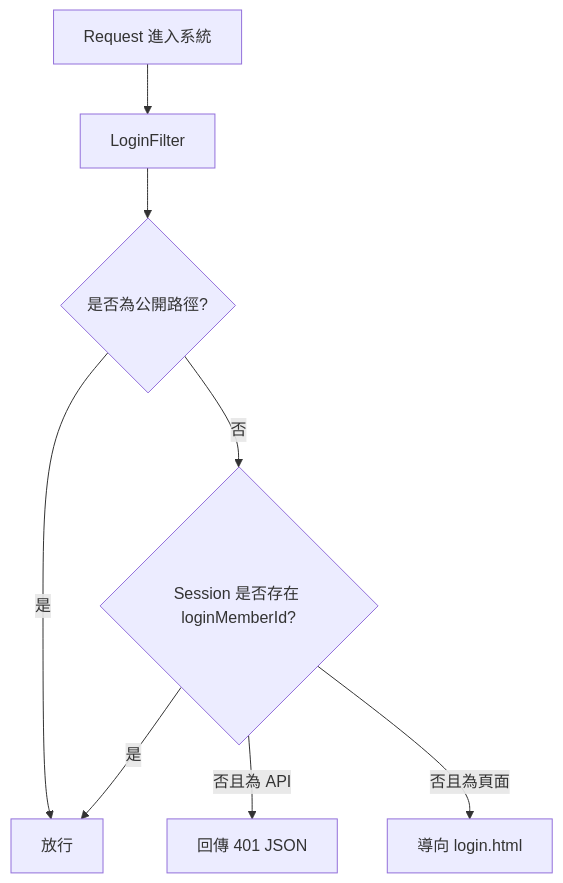
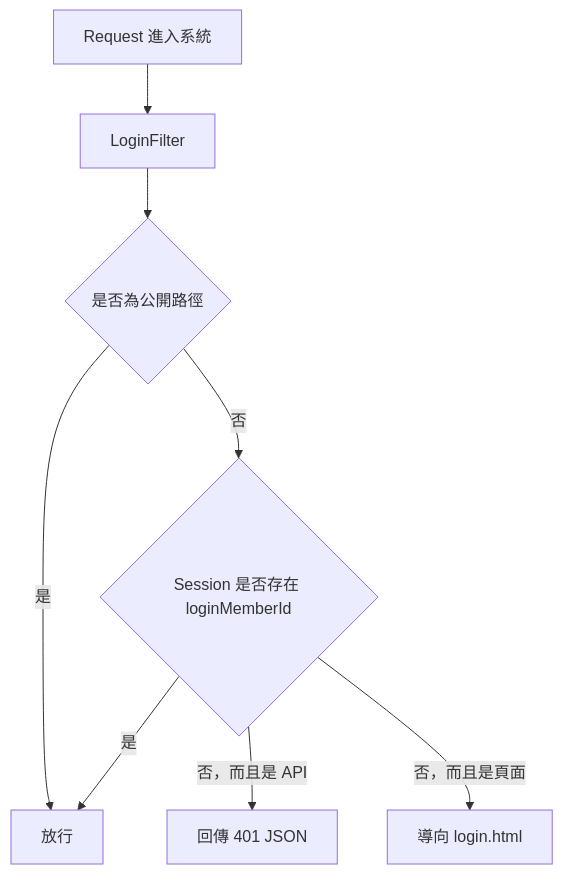
The fifth of 8 diagrams in README.md (s717456/SimpleShop_MavenWebProject), drawn with Mermaid before and after one commit. The commit also changed other lines of this file, not shown here.

````diff
--- a/README.md
+++ b/README.md
@@ -488,10 +495,10 @@
 ```mermaid
 flowchart TD
-    A[Request 進入系統] --> B[LoginFilter]
-    B --> C{是否為公開路徑?}
-    C -- 是 --> D[放行]
-    C -- 否 --> E{Session 是否存在 loginMemberId?}
-    E -- 是 --> D
-    E -- 否且為 API --> F[回傳 401 JSON]
-    E -- 否且為頁面 --> G[導向 login.html]
+    A["Request 進入系統"] --> B["LoginFilter"]
+    B --> C{"是否為公開路徑"}
+    C -- "是" --> D["放行"]
+    C -- "否" --> E{"Session 是否存在 loginMemberId"}
+    E -- "是" --> D
+    E -- "否，而且是 API" --> F["回傳 401 JSON"]
+    E -- "否，而且是頁面" --> G["導向 login.html"]
 ```
````
